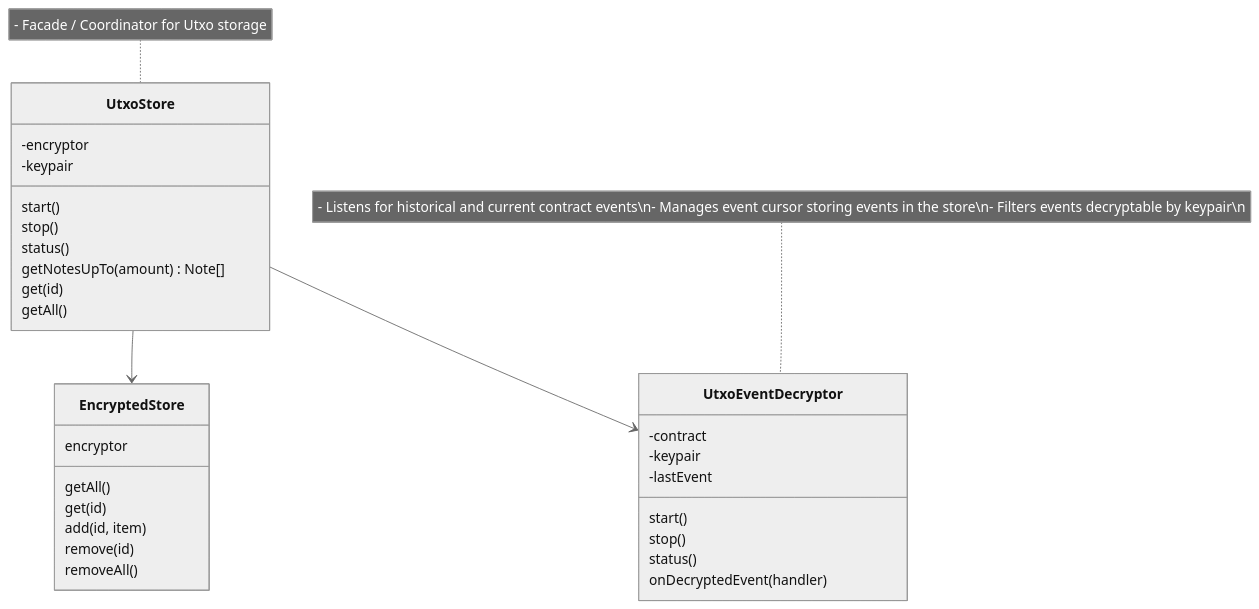
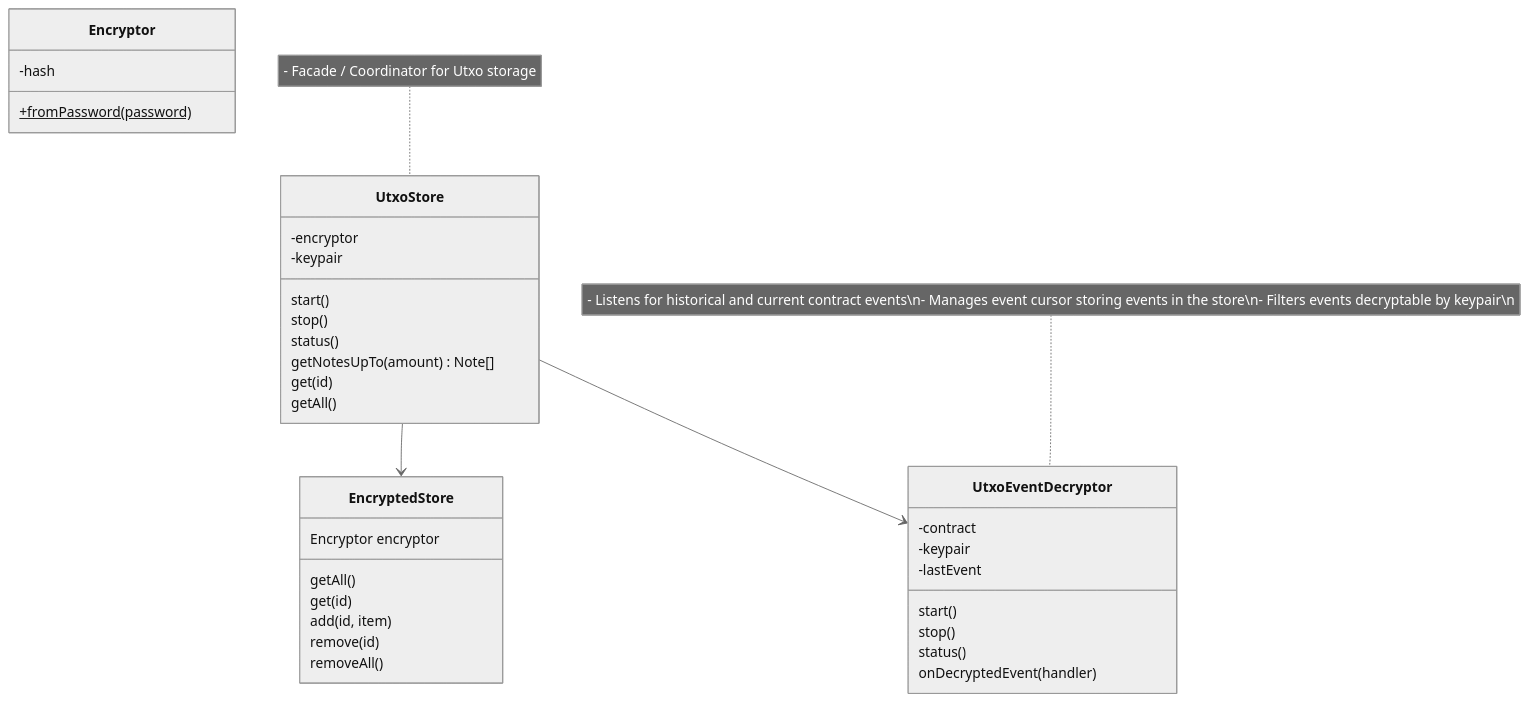
One commit to blockhackersio/zrclib changed the diagram in README.md. Above: the diagram before and after it, drawn with Mermaid (neutral theme).

Commit message:
Update Diagram

````diff
--- a/README.md
+++ b/README.md
@@ -83,37 +83,42 @@
 ```mermaid
+
 classDiagram
     note for UtxoStore "- Facade / Coordinator for Utxo storage"
 
     class UtxoStore
     UtxoStore: -encryptor
     UtxoStore: -keypair
     UtxoStore: start()
     UtxoStore: stop()
     UtxoStore: status()
     UtxoStore: getNotesUpTo(amount) Note[]
     UtxoStore: get(id)
     UtxoStore: getAll()
 
     note for UtxoEventDecryptor "- Listens for historical and current contract events\n- Manages event cursor storing events in the store\n- Filters events decryptable by keypair\n"
 
     class UtxoEventDecryptor
     UtxoEventDecryptor: -contract
     UtxoEventDecryptor: -keypair
     UtxoEventDecryptor: -lastEvent
     UtxoEventDecryptor: start()
     UtxoEventDecryptor: stop()
     UtxoEventDecryptor: status()
     UtxoEventDecryptor: onDecryptedEvent(handler)
 
+    class Encryptor
+    Encryptor: -hash
+    Encryptor: +fromPassword(password)$
 
     class EncryptedStore
-    EncryptedStore: encryptor
+    EncryptedStore: Encryptor encryptor
     EncryptedStore: getAll()
     EncryptedStore: get(id)
     EncryptedStore: add(id, item)
     EncryptedStore: remove(id)
     EncryptedStore: removeAll()
 
     UtxoStore --> EncryptedStore
     UtxoStore --> UtxoEventDecryptor
+
 ```
````
